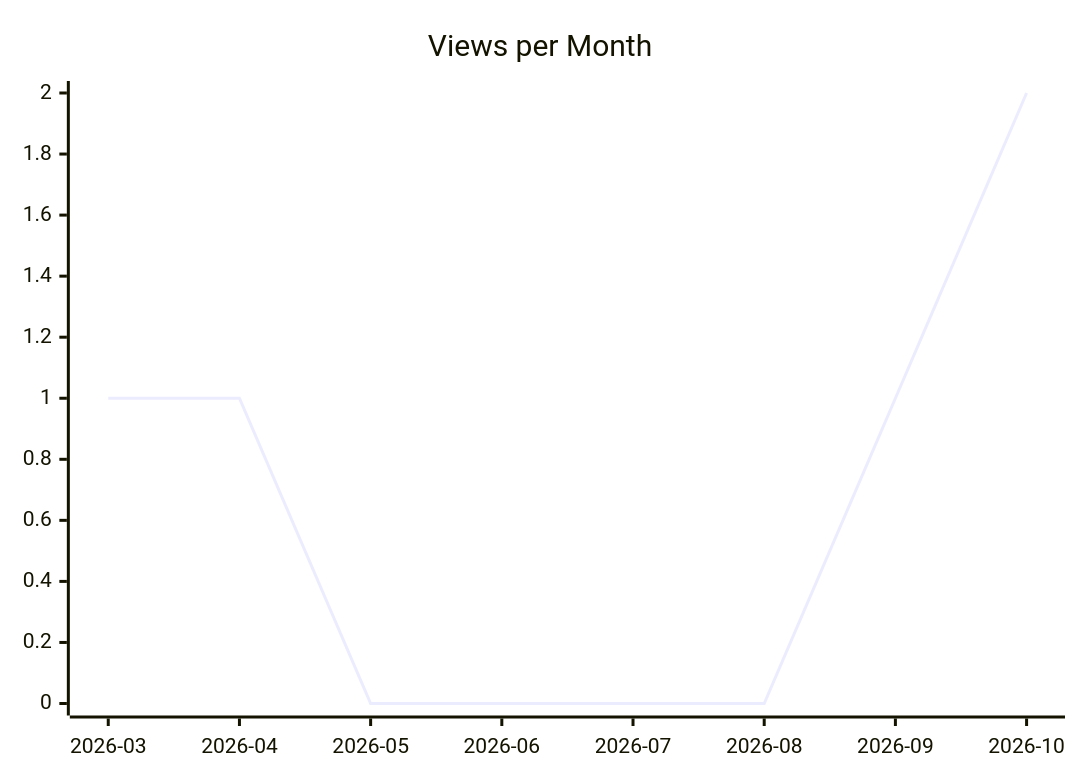
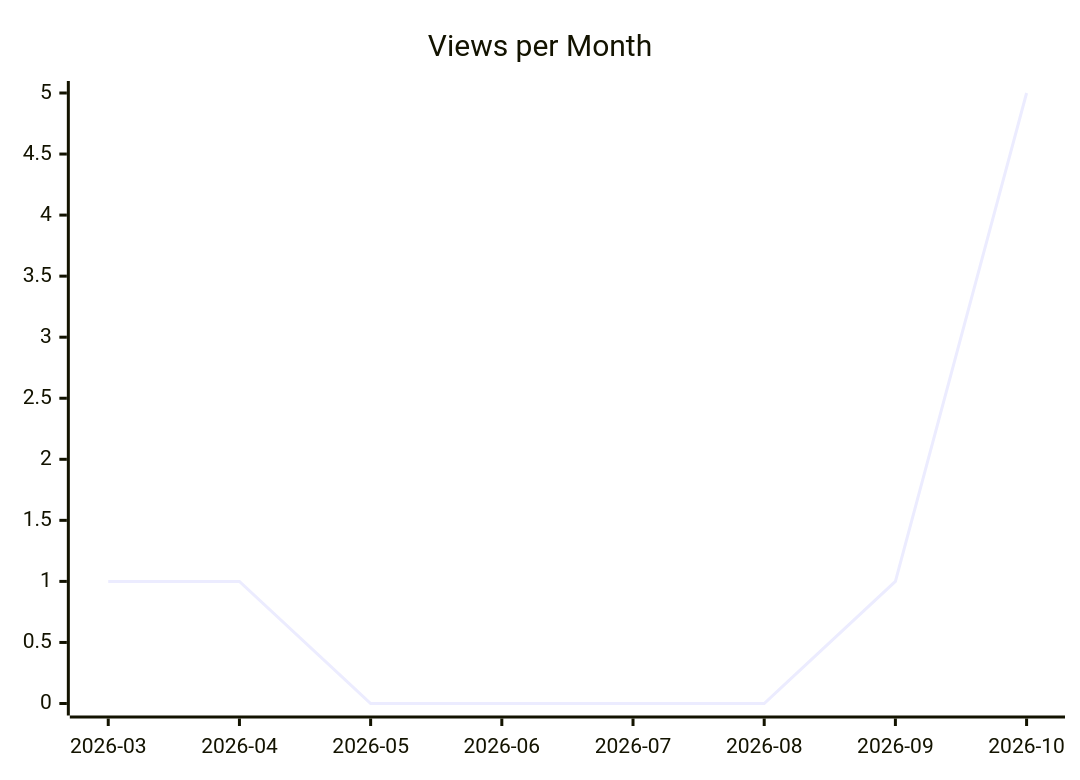
The second of 3 diagrams in karlmdavis/todoist-ai/README.md (justdavis-family/github-analytics-data), drawn with Mermaid before and after one commit. The commit also changed other lines of this file and 198 other files, not shown here.

````diff
--- a/karlmdavis/todoist-ai/README.md
+++ b/karlmdavis/todoist-ai/README.md
@@ -12,6 +12,6 @@
 ```mermaid
 xychart-beta
   title "Views per Month"
   x-axis ["2026-03", "2026-04", "2026-05", "2026-06", "2026-07", "2026-08", "2026-09", "2026-10"]
-  line [1, 1, 0, 0, 0, 0, 1, 2]
+  line [1, 1, 0, 0, 0, 0, 1, 5]
 ```
````
